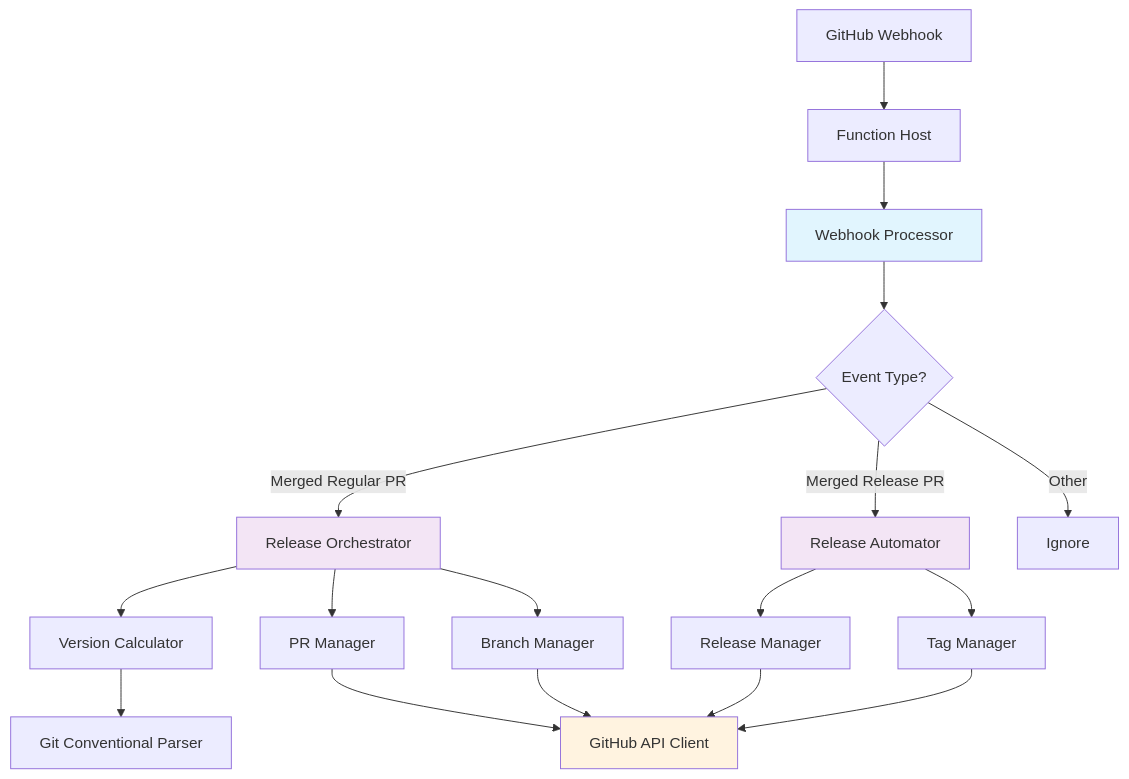
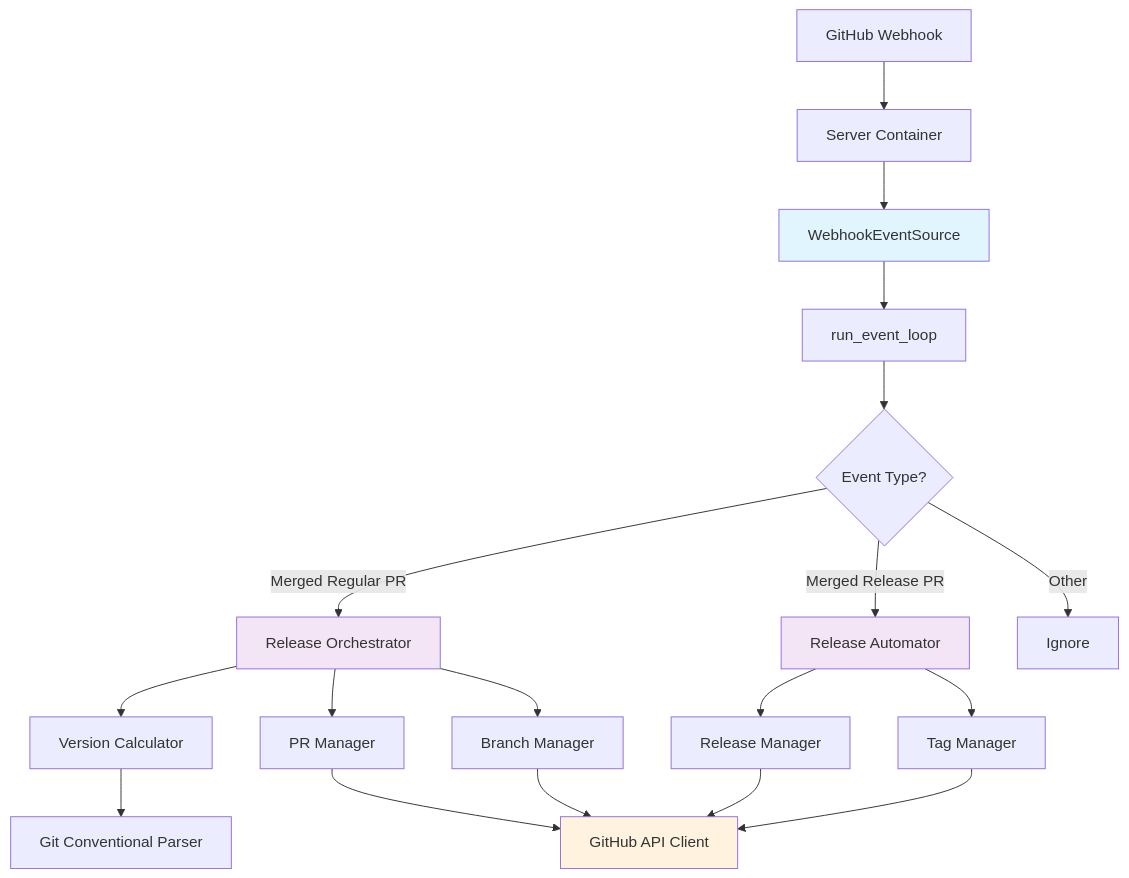
The third of 9 diagrams in docs/specs/architecture/overview.md (pvandervelde/release_regent), drawn with Mermaid before and after one commit. The commit also changed other lines of this file, not shown here.

First line of the commit message:
docs(spec): update architecture overview to reflect event-source pipeline

````diff
--- a/docs/specs/architecture/overview.md
+++ b/docs/specs/architecture/overview.md
@@ -69,29 +69,30 @@
 ```mermaid
 flowchart TD
-    A[GitHub Webhook] --> B[Function Host]
-    B --> C[Webhook Processor]
-    C --> D{Event Type?}
+    A[GitHub Webhook] --> B[Server Container]
+    B --> C[WebhookEventSource]
+    C --> EL[run_event_loop]
+    EL --> D{Event Type?}
 
     D -->|Merged Regular PR| E[Release Orchestrator]
     D -->|Merged Release PR| F[Release Automator]
     D -->|Other| G[Ignore]
 
     E --> H[Version Calculator]
     E --> I[PR Manager]
     E --> J[Branch Manager]
 
     F --> K[Release Manager]
     F --> L[Tag Manager]
 
     I --> M[GitHub API Client]
     J --> M
     K --> M
     L --> M
 
     H --> N[Git Conventional Parser]
 
     style C fill:#e1f5fe
     style E fill:#f3e5f5
     style F fill:#f3e5f5
     style M fill:#fff3e0
 ```
````
